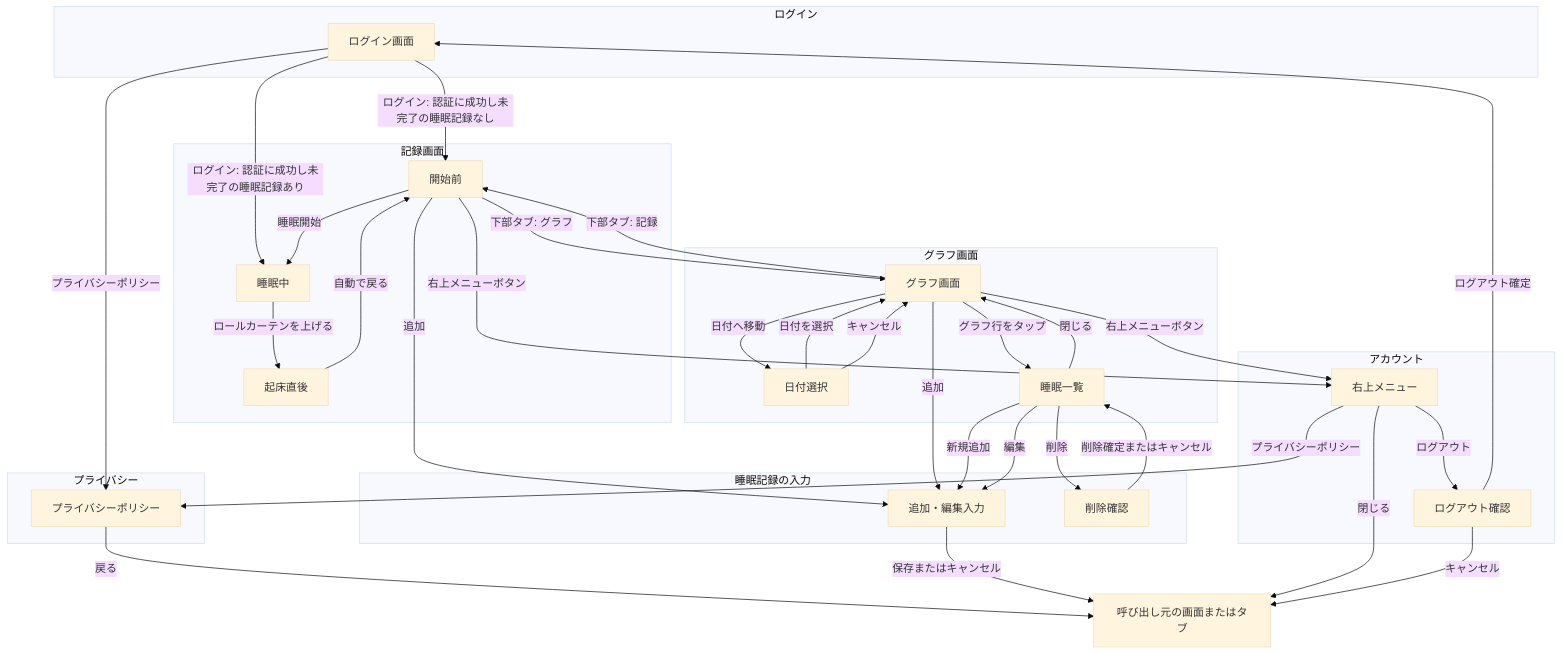
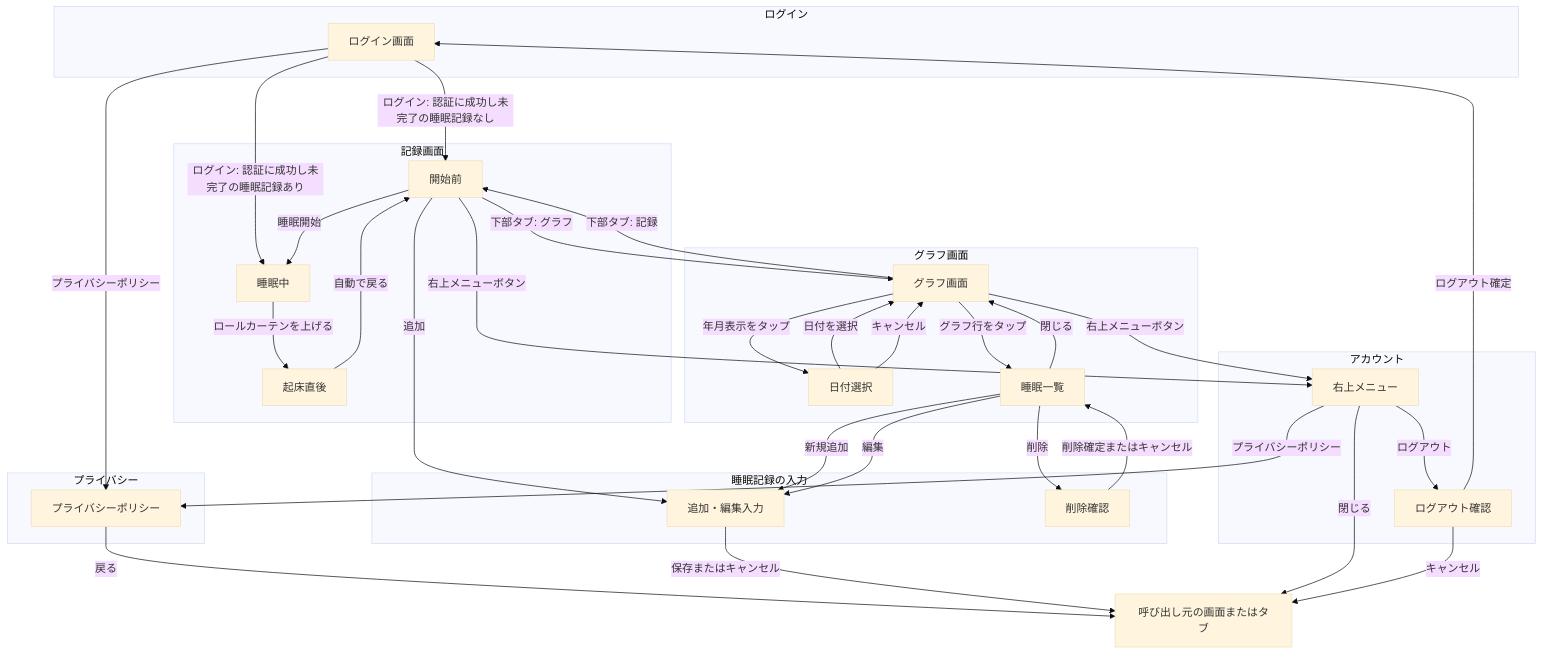
Before and after one commit to mimijima/SleepLog: the diagram in docs/spec-v0.md, drawn with Mermaid (base theme). The commit also changed other lines of this file, not shown here.

First line of the commit message:
docs: refine graph navigation

````diff
--- a/docs/spec-v0.md
+++ b/docs/spec-v0.md
@@ -85,66 +85,65 @@
 ```mermaid
 flowchart TD
     subgraph loginCategory["ログイン"]
         loginScreen["ログイン画面"]
     end
 
     subgraph recordCategory["記録画面"]
         recordStart["開始前"]
         sleepingScreen["睡眠中"]
         wakeComplete["起床直後"]
     end
 
     subgraph graphCategory["グラフ画面"]
         graphScreen["グラフ画面"]
         datePicker["日付選択"]
         sleepList["睡眠一覧"]
     end
 
     subgraph inputCategory["睡眠記録の入力"]
         recordInput["追加・編集入力"]
         deleteConfirm["削除確認"]
     end
 
     subgraph privacyCategory["プライバシー"]
         privacyPolicy["プライバシーポリシー"]
     end
 
     subgraph accountCategory["アカウント"]
         accountMenu["右上メニュー"]
         logoutConfirm["ログアウト確認"]
     end
 
     caller["呼び出し元の画面またはタブ"]
 
     loginScreen -->|プライバシーポリシー| privacyPolicy
     privacyPolicy -->|戻る| caller
     loginScreen -->|ログイン: 認証に成功し未完了の睡眠記録なし| recordStart
     loginScreen -->|ログイン: 認証に成功し未完了の睡眠記録あり| sleepingScreen
 
     recordStart -->|睡眠開始| sleepingScreen
     sleepingScreen -->|ロールカーテンを上げる| wakeComplete
     wakeComplete -->|自動で戻る| recordStart
     recordStart -->|下部タブ: グラフ| graphScreen
     graphScreen -->|下部タブ: 記録| recordStart
     recordStart -->|追加| recordInput
 
-    graphScreen -->|日付へ移動| datePicker
+    graphScreen -->|年月表示をタップ| datePicker
     datePicker -->|日付を選択| graphScreen
     datePicker -->|キャンセル| graphScreen
-    graphScreen -->|追加| recordInput
     graphScreen -->|グラフ行をタップ| sleepList
     sleepList -->|閉じる| graphScreen
     sleepList -->|新規追加| recordInput
     sleepList -->|編集| recordInput
     recordInput -->|保存またはキャンセル| caller
     sleepList -->|削除| deleteConfirm
     deleteConfirm -->|削除確定またはキャンセル| sleepList
 
     recordStart -->|右上メニューボタン| accountMenu
     graphScreen -->|右上メニューボタン| accountMenu
     accountMenu -->|閉じる| caller
     accountMenu -->|プライバシーポリシー| privacyPolicy
     accountMenu -->|ログアウト| logoutConfirm
     logoutConfirm -->|ログアウト確定| loginScreen
     logoutConfirm -->|キャンセル| caller
 ```
````
